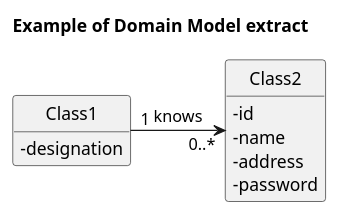
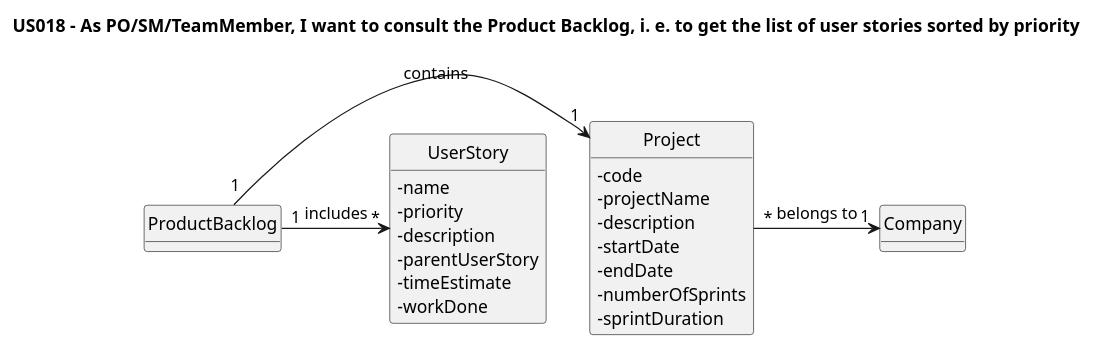
Before and after one commit to nunogon1211787/projectManagement: the diagram in docs/Sprint2/US018/US18-MD.puml, drawn with PlantUML. The commit also changed 20 other files, not shown here.

Commit message:
US018 - review md, ssd, sd, bugs - create ProductBacklogMapper and UserStoryDto US013 e U0024 - fix some bugs Make some tests and fix others ProjectsMapper - add methods

```diff
--- a/docs/Sprint2/US018/US18-MD.puml
+++ b/docs/Sprint2/US018/US18-MD.puml
@@ -1,22 +1,38 @@
 @startuml
 'https://plantuml.com/class-diagram
 hide circle
 skinparam classAttributeIconSize 0
 hide methods
 
-title Example of Domain Model extract
+title US018 - As PO/SM/TeamMember, I want to consult the Product Backlog, i. e. to get the list of user stories sorted by priority
 
-class Class1 {
-    -designation
+class Company{
 }
 
-class Class2 {
-    -id
-    -name
-    -address
-    -password
+class Project{
+- code
+- projectName
+- description
+- startDate
+- endDate
+- numberOfSprints
+- sprintDuration
 }
 
-Class1 "1" -> "0..*" Class2: knows
+class ProductBacklog{
+}
+
+class UserStory{
+- name
+- priority
+- description
+- parentUserStory
+- timeEstimate
+- workDone
+}
+
+Project "*" -> "1" Company: belongs to
+ProductBacklog "1" -> "1" Project: contains
+ProductBacklog "1" -> "*" UserStory: includes
 
 @enduml
```
